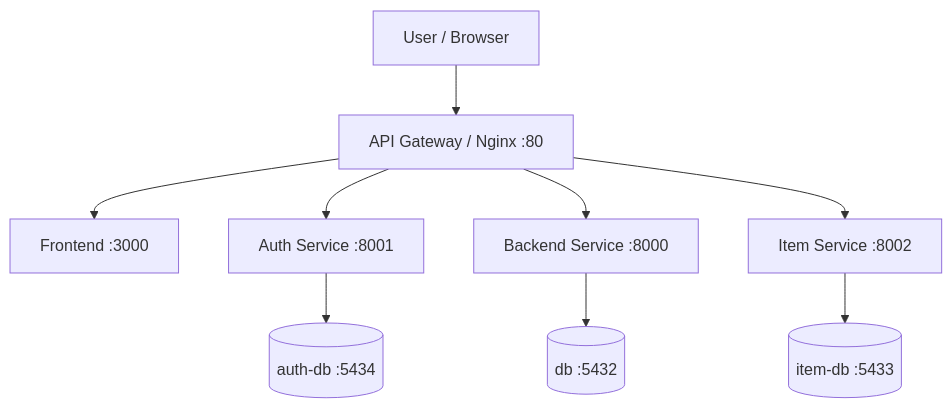
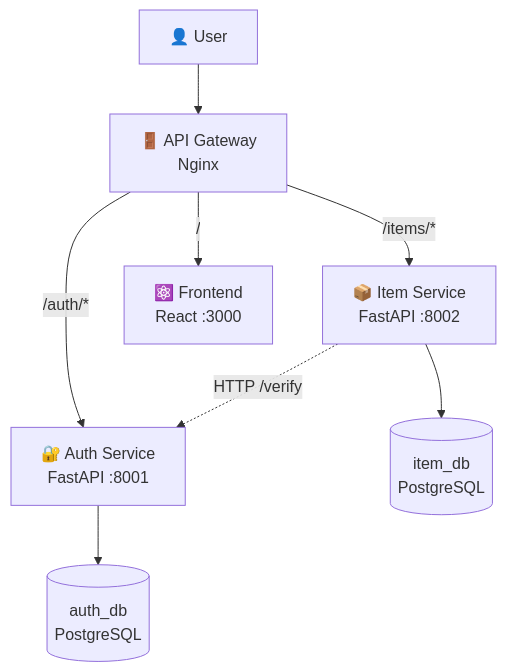
The diagram in docs/architecture.md (aidilsaputrakirsan-classroom/cc-kelompok-stranger_things), drawn with Mermaid before and after one commit. The commit also changed other lines of this file, not shown here.

First line of the commit message:
Docs/microservices architecture (#70)

````diff
--- a/docs/architecture.md
+++ b/docs/architecture.md
@@ -6,13 +6,10 @@
 ```mermaid
 flowchart TD
-    USER["User / Browser"] --> GW["API Gateway / Nginx :80"]
-
-    GW --> FE["Frontend :3000"]
-    GW --> AUTH["Auth Service :8001"]
-    GW --> BACKEND["Backend Service :8000"]
-    GW --> ITEM["Item Service :8002"]
-
-    AUTH --> AUTHDB[("auth-db :5434")]
-    BACKEND --> DB[("db :5432")]
-    ITEM --> ITEMDB[("item-db :5433")]
+    USER["👤 User"] --> GW["🚪 API Gateway<br/>Nginx"]
+    GW -->|"/auth/*"| AUTH["🔐 Auth Service<br/>FastAPI :8001"]
+    GW -->|"/items/*"| ITEM["📦 Item Service<br/>FastAPI :8002"]
+    GW -->|"/"| FE["⚛️ Frontend<br/>React :3000"]
+    AUTH --> ADB[("auth_db<br/>PostgreSQL")]
+    ITEM --> IDB[("item_db<br/>PostgreSQL")]
+    ITEM -.->|"HTTP /verify"| AUTH
 ```
````
